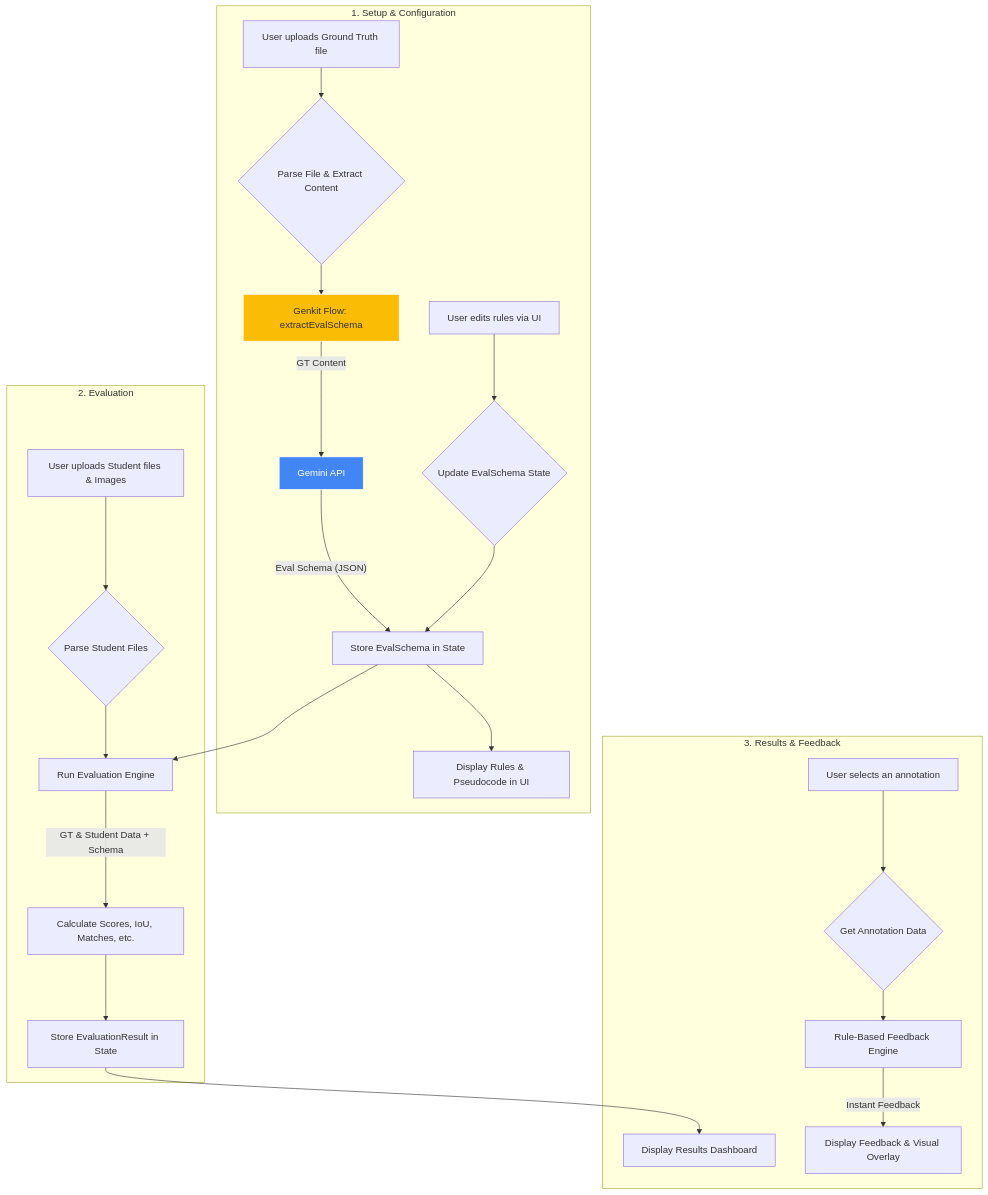
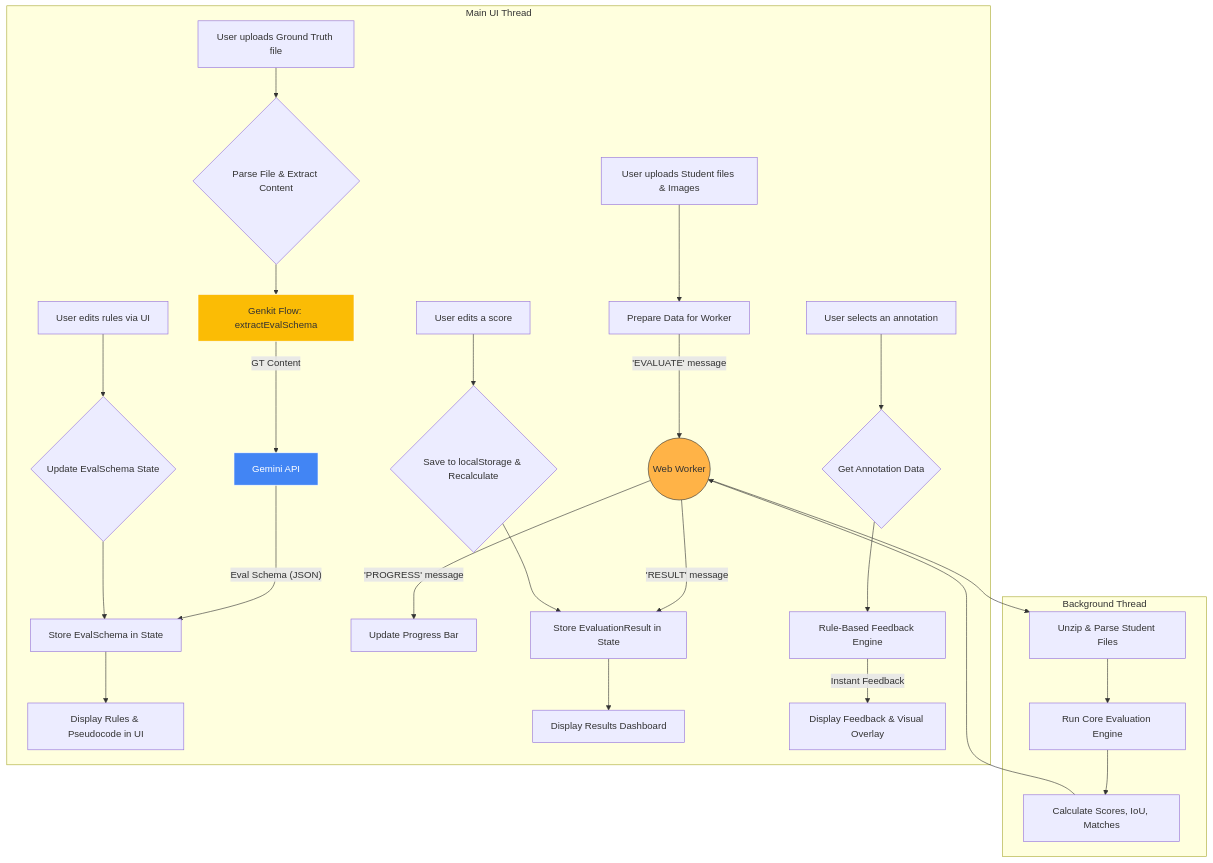
One commit to SKY-AK05/Annotation_check changed the diagram in README.md. Above: the diagram before and after it, drawn with Mermaid. The commit also changed other lines of this file and 2 other files, not shown here.

````diff
--- a/README.md
+++ b/README.md
@@ -62,30 +73,33 @@
 ```mermaid
 graph TD
-    subgraph "1. Setup & Configuration"
+    subgraph "Main UI Thread"
         A[User uploads Ground Truth file] --> B{Parse File & Extract Content};
         B --> C[Genkit Flow: extractEvalSchema];
         C -- GT Content --> D[Gemini API];
         D -- Eval Schema (JSON) --> E[Store EvalSchema in State];
         E --> F[Display Rules & Pseudocode in UI];
         G[User edits rules via UI] --> H{Update EvalSchema State};
         H --> E;
-    end
-
-    subgraph "2. Evaluation"
-        I[User uploads Student files & Images] --> J{Parse Student Files};
-        E --> K[Run Evaluation Engine];
-        J --> K;
-        K -- GT & Student Data + Schema --> L[Calculate Scores, IoU, Matches, etc.];
-        L --> M[Store EvaluationResult in State];
-    end
-
-    subgraph "3. Results & Feedback"
+        I[User uploads Student files & Images] --> J[Prepare Data for Worker];
+        J -- 'EVALUATE' message --> K((Web Worker));
+        K -- 'PROGRESS' message --> L[Update Progress Bar];
+        K -- 'RESULT' message --> M[Store EvaluationResult in State];
         M --> N[Display Results Dashboard];
         O[User selects an annotation] --> P{Get Annotation Data};
         P --> Q[Rule-Based Feedback Engine];
         Q -- Instant Feedback --> R[Display Feedback & Visual Overlay];
+        S[User edits a score] --> T{Save to localStorage & Recalculate};
+        T --> M;
     end
 
+    subgraph "Background Thread"
+        K --> W1[Unzip & Parse Student Files];
+        W1 --> W2[Run Core Evaluation Engine];
+        W2 --> W3[Calculate Scores, IoU, Matches];
+        W3 --> K;
+    end
+
+    style K fill:#FFB347,stroke:#333
     style D fill:#4285F4,stroke:#fff,color:#fff
     style C fill:#fbbc05,stroke:#fff,color:#333
 ```
````
